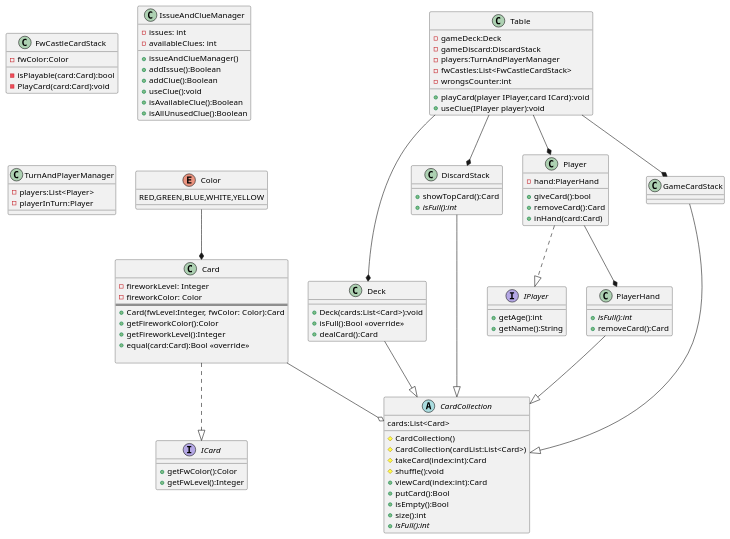
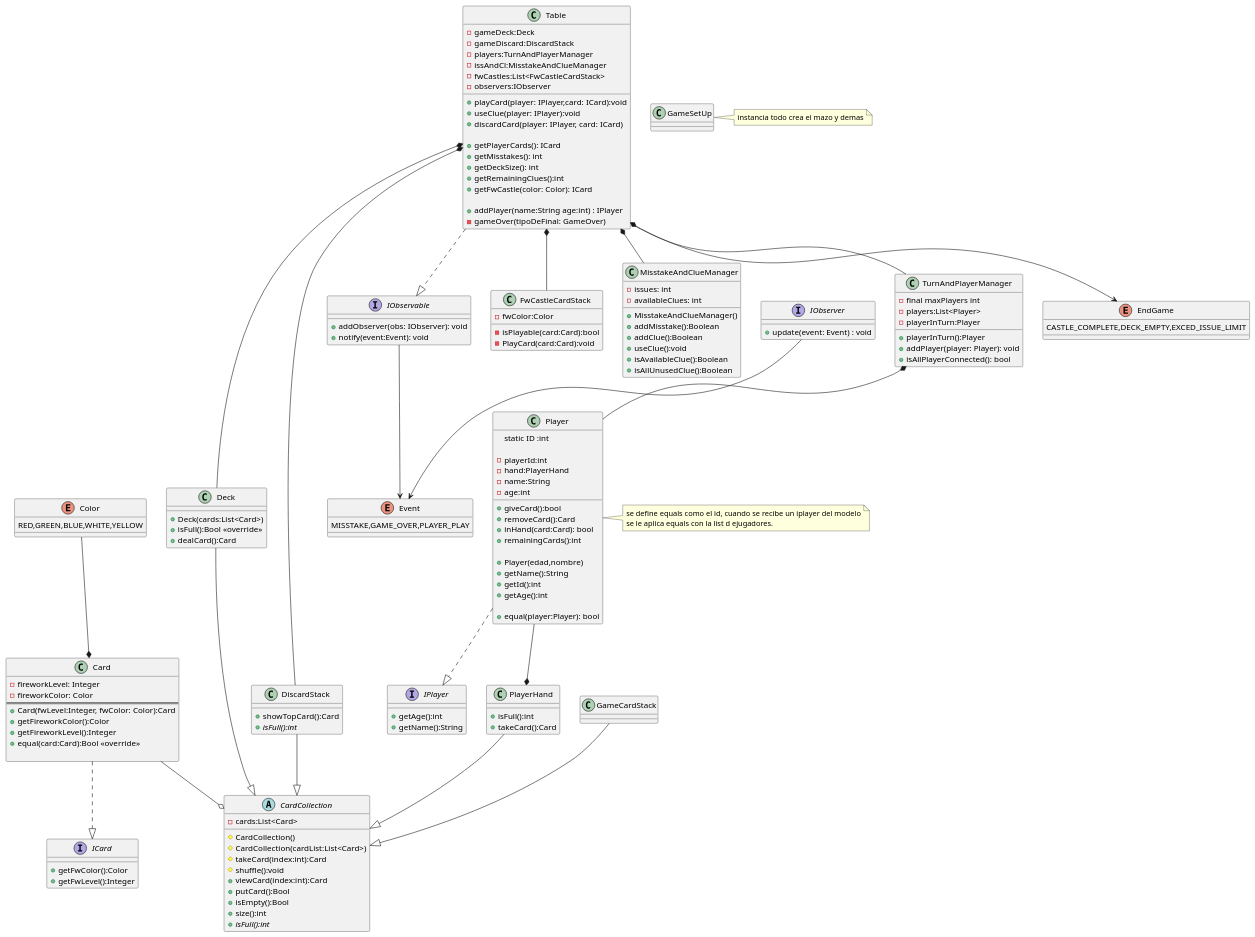
One commit to toby3king/UNLU_POO_2026_HANABI changed the diagram in docs/hanabi_uml/hanabi.puml. Above: the diagram before and after it, drawn with PlantUML.

Commit message:
um avanzado

```diff
--- a/docs/hanabi_uml/hanabi.puml
+++ b/docs/hanabi_uml/hanabi.puml
@@ -1,4 +1,25 @@
 @startuml hanabi
+
+enum EndGame{
+    CASTLE_COMPLETE,DECK_EMPTY,EXCED_ISSUE_LIMIT
+}
+
+enum Event{
+    MISSTAKE,GAME_OVER,PLAYER_PLAY
+}
+
+enum Color {
+RED,GREEN,BLUE,WHITE,YELLOW
+}
+
+interface IObserver{
+    + update(event: Event) : void
+}
+
+interface IObservable{
+    + addObserver(obs: IObserver): void
+    + notify(event:Event): void
+}
 
 interface IPlayer{
     +getAge():int
@@ -20,12 +41,9 @@
 
 }
 
-enum Color {
-RED,GREEN,BLUE,WHITE,YELLOW
-}
 
 abstract class CardCollection{
-    cards:List<Card>
+    -cards:List<Card>
     #CardCollection()
     #CardCollection(cardList:List<Card>)
     #takeCard(index:int):Card
@@ -40,7 +58,7 @@
 
 class Deck{
     
-   +Deck(cards:List<Card>):void
+   +Deck(cards:List<Card>)
    +isFull():Bool <<override>>
    +dealCard():Card 
 }
@@ -54,16 +72,32 @@
 
 class PlayerHand{
 
-    {abstract} +isFull():int
-    + removeCard():Card
+    +isFull():int
+    +takeCard():Card
 
 }
 
 class Player{
+    
+    static ID :int
+    
+    -playerId:int
     -hand:PlayerHand
+    -name:String
+    -age:int
+
+    
     +giveCard():bool
     +removeCard():Card
-    +inHand(card:Card)
+    +inHand(card:Card): bool
+    +remainingCards():int
+
+    +Player(edad,nombre)
+    +getName():String
+    +getId():int
+    +getAge():int
+
+    +equal(player:Player): bool
 }
 
 class FwCastleCardStack{
@@ -72,12 +106,12 @@
     -PlayCard(card:Card):void
 }
 
-class IssueAndClueManager{
+class MisstakeAndClueManager{
     - issues: int
     - availableClues: int
 
-    +issueAndClueManager()
-    +addIssue():Boolean
+    +MisstakeAndClueManager()
+    +addMisstake():Boolean
     +addClue():Boolean
     +useClue():void
     +isAvailableClue():Boolean
@@ -86,9 +120,13 @@
 }
 
 class TurnAndPlayerManager{
+    -final maxPlayers int
     -players:List<Player>
     -playerInTurn:Player
 
+    +playerInTurn():Player
+    +addPlayer(player: Player): void
+    +isAllPlayerConnected(): bool
 
 
 }
@@ -97,11 +135,29 @@
     -gameDeck:Deck
     -gameDiscard:DiscardStack
     -players:TurnAndPlayerManager
+    -issAndCl:MisstakeAndClueManager
     -fwCastles:List<FwCastleCardStack>
-    -wrongsCounter:int
+    -observers:IObserver
     
-    +playCard(player IPlayer,card ICard):void
-    +useClue(IPlayer player):void
+    
+    +playCard(player: IPlayer,card: ICard):void
+    +useClue(player: IPlayer):void
+    +discardCard(player: IPlayer, card: ICard)
+
+    +getPlayerCards(): ICard
+    +getMisstakes(): int
+    +getDeckSize(): int
+    +getRemainingClues():int
+    +getFwCastle(color: Color): ICard
+   
+    +addPlayer(name:String age:int) : IPlayer
+    
+    
+    -gameOver(tipoDeFinal: GameOver)
+}
+
+class GameSetUp{
+
 
 }
 
@@ -109,22 +165,41 @@
 
 Color --* Card
 
+Card ..|> ICard
 Card --o CardCollection
+
 Deck --|> CardCollection
+
 DiscardStack --|> CardCollection
+
 PlayerHand --|> CardCollection
+
 GameCardStack --|> CardCollection
 
-Card ..|> ICard
+
+Table *-- Deck
+Table *-- DiscardStack
+Table *-- FwCastleCardStack
+Table --> EndGame
+Table *-- MisstakeAndClueManager
+Table *-- TurnAndPlayerManager
+Table ..|> IObservable
+
+TurnAndPlayerManager *-- Player
+
+Player --*PlayerHand
 Player ..|> IPlayer
 
-Table --* GameCardStack
-Table --* Deck
-Table --* DiscardStack
-Table --* Player
+IObservable --> Event
+IObserver --> Event
 
-Player --*PlayerHand
+note right of Player
+se define equals como el id, cuando se recibe un iplayer del modelo
+se le aplica equals con la list d ejugadores.
+end note
 
-
+note right of GameSetUp
+instancia todo crea el mazo y demas
+end note
 
 @enduml
```
